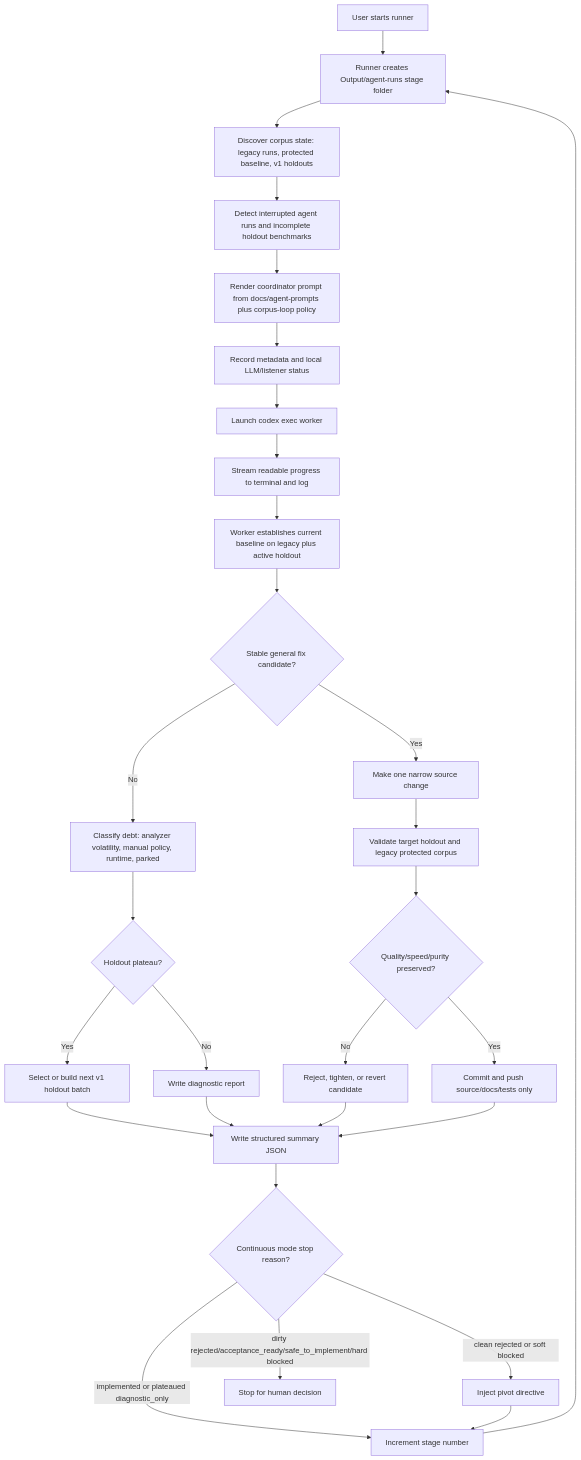
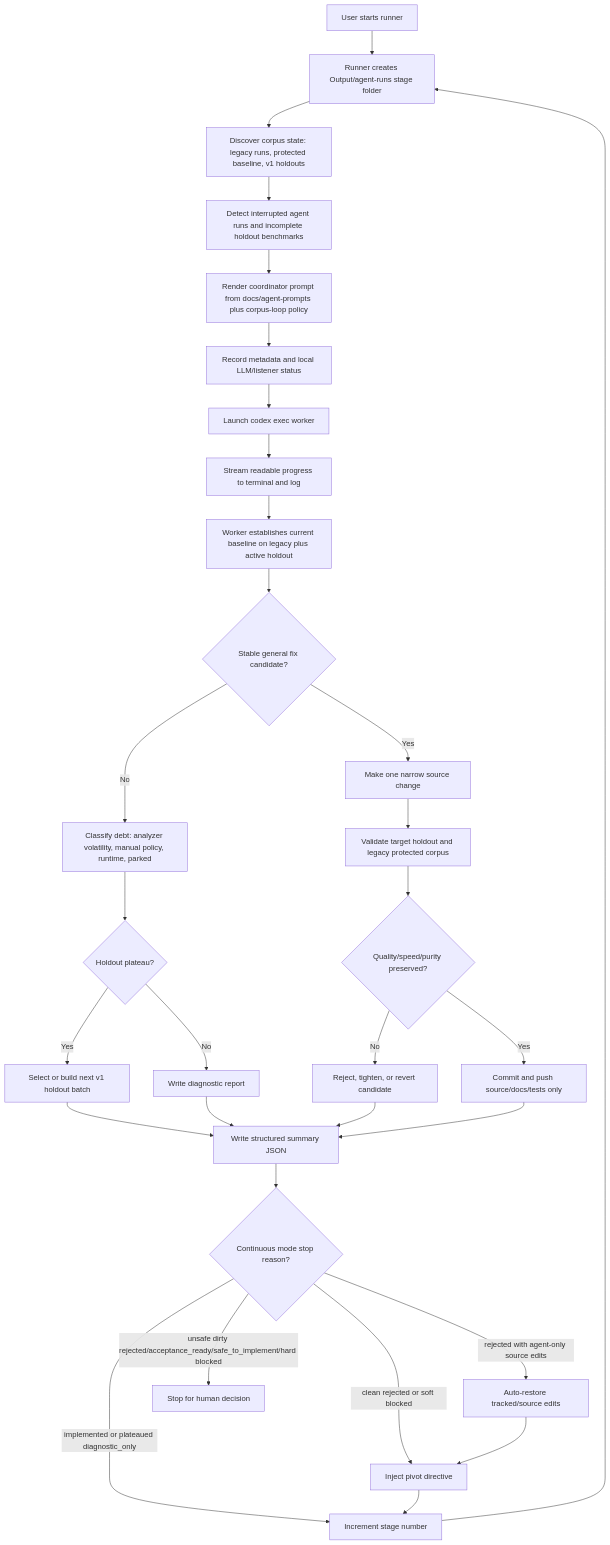
The first of 4 diagrams in docs/codex-stage-flow.md (fourtytwo42/PDFAF_v2), drawn with Mermaid before and after one commit. The commit also changed 2 other files, not shown here.

Commit message:
Auto-restore clean-start rejected stages

````diff
--- a/docs/codex-stage-flow.md
+++ b/docs/codex-stage-flow.md
@@ -3,31 +3,33 @@
 ```mermaid
 flowchart TD
   A[User starts runner] --> B[Runner creates Output/agent-runs stage folder]
   B --> C[Discover corpus state: legacy runs, protected baseline, v1 holdouts]
   C --> C2[Detect interrupted agent runs and incomplete holdout benchmarks]
   C2 --> D[Render coordinator prompt from docs/agent-prompts plus corpus-loop policy]
   D --> E[Record metadata and local LLM/listener status]
   E --> F[Launch codex exec worker]
   F --> G[Stream readable progress to terminal and log]
   G --> H[Worker establishes current baseline on legacy plus active holdout]
   H --> I{Stable general fix candidate?}
   I -- No --> J[Classify debt: analyzer volatility, manual policy, runtime, parked]
   J --> K{Holdout plateau?}
   K -- Yes --> L[Select or build next v1 holdout batch]
   K -- No --> M[Write diagnostic report]
   I -- Yes --> N[Make one narrow source change]
   N --> O[Validate target holdout and legacy protected corpus]
   L --> P[Write structured summary JSON]
   M --> P
   O --> Q{Quality/speed/purity preserved?}
   Q -- No --> R[Reject, tighten, or revert candidate]
   Q -- Yes --> S[Commit and push source/docs/tests only]
   R --> P
   S --> P
   P --> T{Continuous mode stop reason?}
   T -- clean rejected or soft blocked --> W[Inject pivot directive]
-  T -- dirty rejected/acceptance_ready/safe_to_implement/hard blocked --> U[Stop for human decision]
+  T -- rejected with agent-only source edits --> X[Auto-restore tracked/source edits]
+  T -- unsafe dirty rejected/acceptance_ready/safe_to_implement/hard blocked --> U[Stop for human decision]
   T -- implemented or plateaued diagnostic_only --> V[Increment stage number]
+  X --> W
   W --> V
   V --> B
 ```
````
